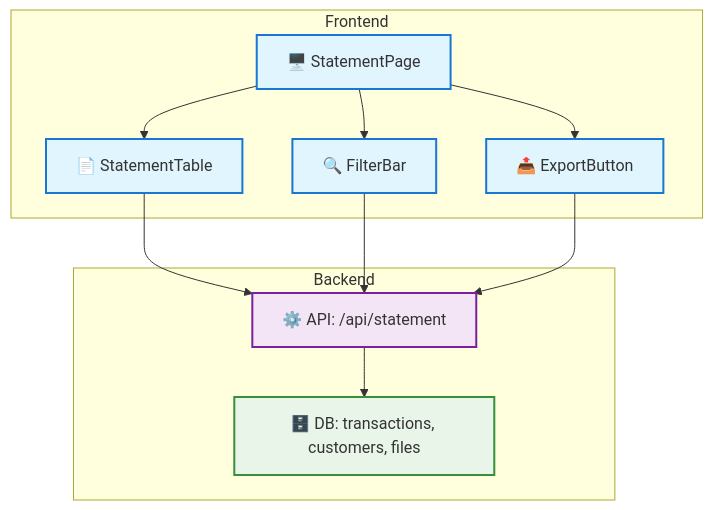
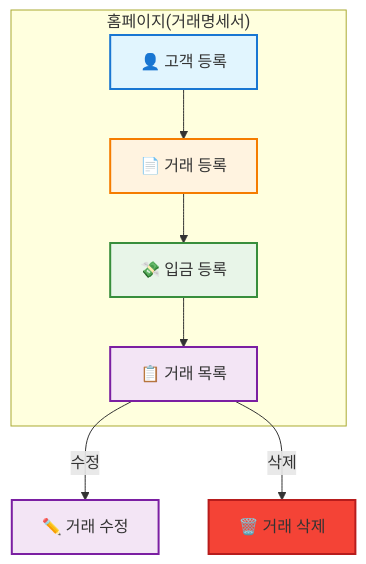
One commit to bambooty57/money changed the first of 2 diagrams in docs/STATEMENT_PRD.md. Above: the diagram before and after it, drawn with Mermaid. The commit also changed other lines of this file and 13 other files, not shown here.

````diff
--- a/docs/STATEMENT_PRD.md
+++ b/docs/STATEMENT_PRD.md
@@ -8,26 +11,20 @@
 ```mermaid
 graph TB
-    subgraph "Frontend"
-        A[🖥️ StatementPage]
-        B[📄 StatementTable]
-        C[🔍 FilterBar]
-        D[📤 ExportButton]
+    subgraph "홈페이지(거래명세서)"
+        A[👤 고객 등록]
+        B[📄 거래 등록]
+        C[💸 입금 등록]
+        D[📋 거래 목록]
     end
-    subgraph "Backend"
-        E[⚙️ API: /api/statement]
-        F[🗄️ DB: transactions, customers, files]
-    end
+    D -->|수정| E[✏️ 거래 수정]
+    D -->|삭제| F[🗑️ 거래 삭제]
     A --> B
-    A --> C
-    A --> D
-    B --> E
-    C --> E
-    D --> E
-    E --> F
+    B --> C
+    C --> D
     style A fill:#e1f5fe,stroke:#1976d2,stroke-width:2px
-    style B fill:#e1f5fe,stroke:#1976d2,stroke-width:2px
-    style C fill:#e1f5fe,stroke:#1976d2,stroke-width:2px
-    style D fill:#e1f5fe,stroke:#1976d2,stroke-width:2px
+    style B fill:#fff3e0,stroke:#f57c00,stroke-width:2px
+    style C fill:#e8f5e8,stroke:#388e3c,stroke-width:2px
+    style D fill:#f3e5f5,stroke:#7b1fa2,stroke-width:2px
     style E fill:#f3e5f5,stroke:#7b1fa2,stroke-width:2px
-    style F fill:#e8f5e8,stroke:#388e3c,stroke-width:2px
+    style F fill:#f44336,stroke:#b71c1c,stroke-width:2px
 ```
````
